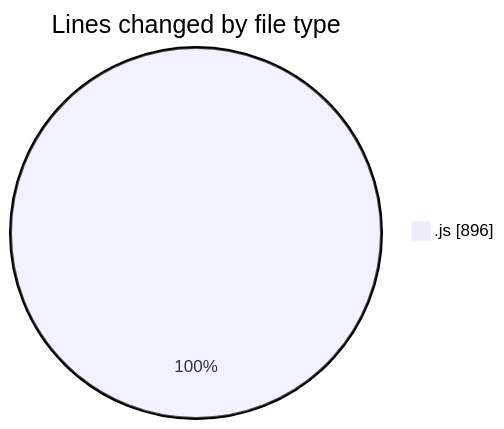
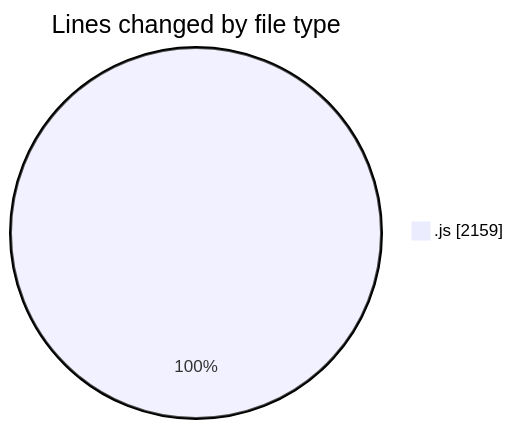
Before and after one commit to EIIisD/code-tracking: the first of 2 diagrams in 2025-08-10/openai_chatgpt-0_1_1741291060-darwin-arm64/README.md, drawn with Mermaid. The commit also changed other lines of this file and 1 other file, not shown here.

````diff
--- a/2025-08-10/openai_chatgpt-0_1_1741291060-darwin-arm64/README.md
+++ b/2025-08-10/openai_chatgpt-0_1_1741291060-darwin-arm64/README.md
@@ -22,5 +22,5 @@
 ```mermaid
 pie showData
 title Lines changed by file type
-".js" : 896
+".js" : 2159
 ```
````
